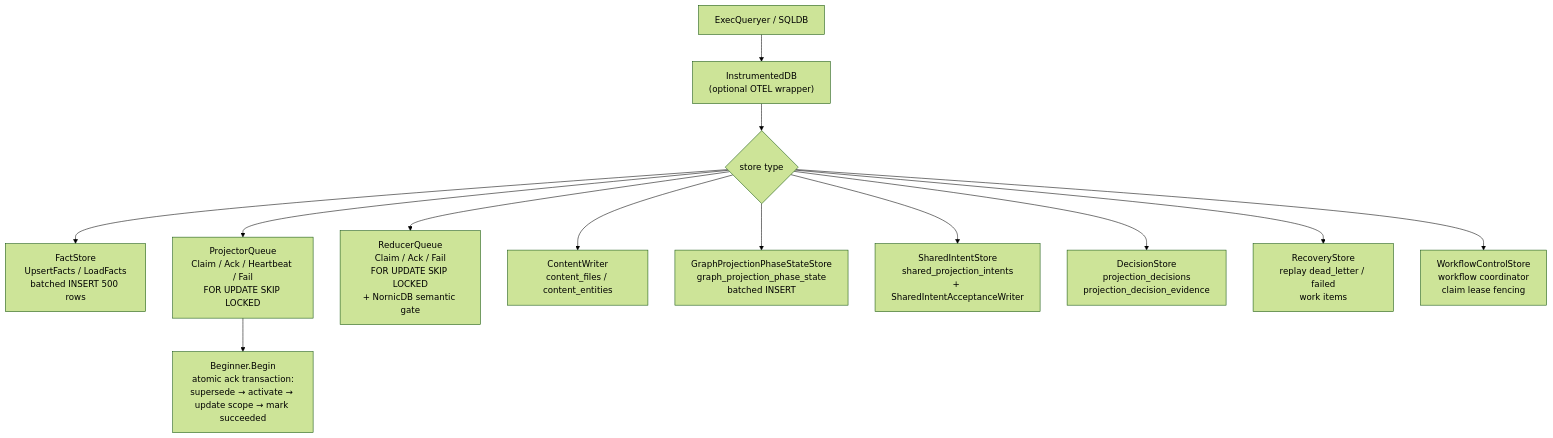
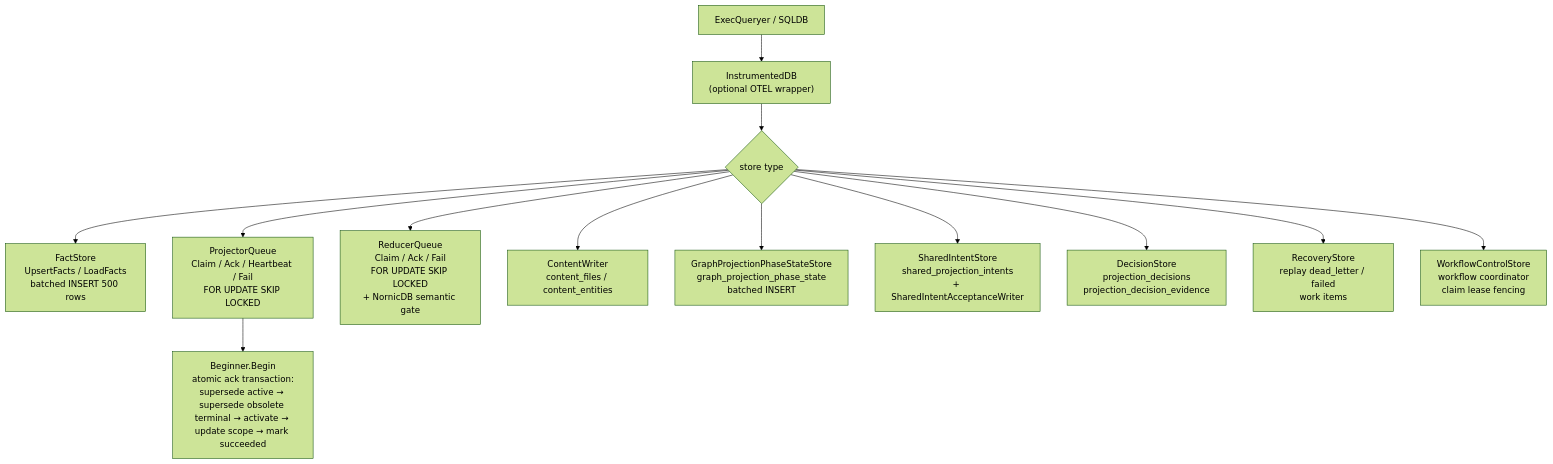
Before and after one commit to eshu-hq/eshu: the second of 2 diagrams in go/internal/storage/postgres/README.md, drawn with Mermaid (forest theme). The commit also changed other lines of this file and 13 other files, not shown here.

Commit message:
Fix stale projector and graph retry dead letters

````diff
--- a/go/internal/storage/postgres/README.md
+++ b/go/internal/storage/postgres/README.md
@@ -31,15 +31,15 @@
 ```mermaid
 flowchart TB
   A["ExecQueryer / SQLDB"] --> B["InstrumentedDB\n(optional OTEL wrapper)"]
   B --> C{"store type"}
   C --> D["FactStore\nUpsertFacts / LoadFacts\nbatched INSERT 500 rows"]
   C --> E["ProjectorQueue\nClaim / Ack / Heartbeat / Fail\nFOR UPDATE SKIP LOCKED"]
   C --> F["ReducerQueue\nClaim / Ack / Fail\nFOR UPDATE SKIP LOCKED\n+ NornicDB semantic gate"]
   C --> G["ContentWriter\ncontent_files / content_entities"]
   C --> H["GraphProjectionPhaseStateStore\ngraph_projection_phase_state\nbatched INSERT"]
   C --> I["SharedIntentStore\nshared_projection_intents\n+ SharedIntentAcceptanceWriter"]
   C --> J["DecisionStore\nprojection_decisions\nprojection_decision_evidence"]
   C --> K["RecoveryStore\nreplay dead_letter / failed\nwork items"]
   C --> L["WorkflowControlStore\nworkflow coordinator\nclaim lease fencing"]
-  E --> M["Beginner.Begin\natomic ack transaction:\nsupersede → activate → update scope → mark succeeded"]
+  E --> M["Beginner.Begin\natomic ack transaction:\nsupersede active → supersede obsolete terminal → activate → update scope → mark succeeded"]
 ```
````
